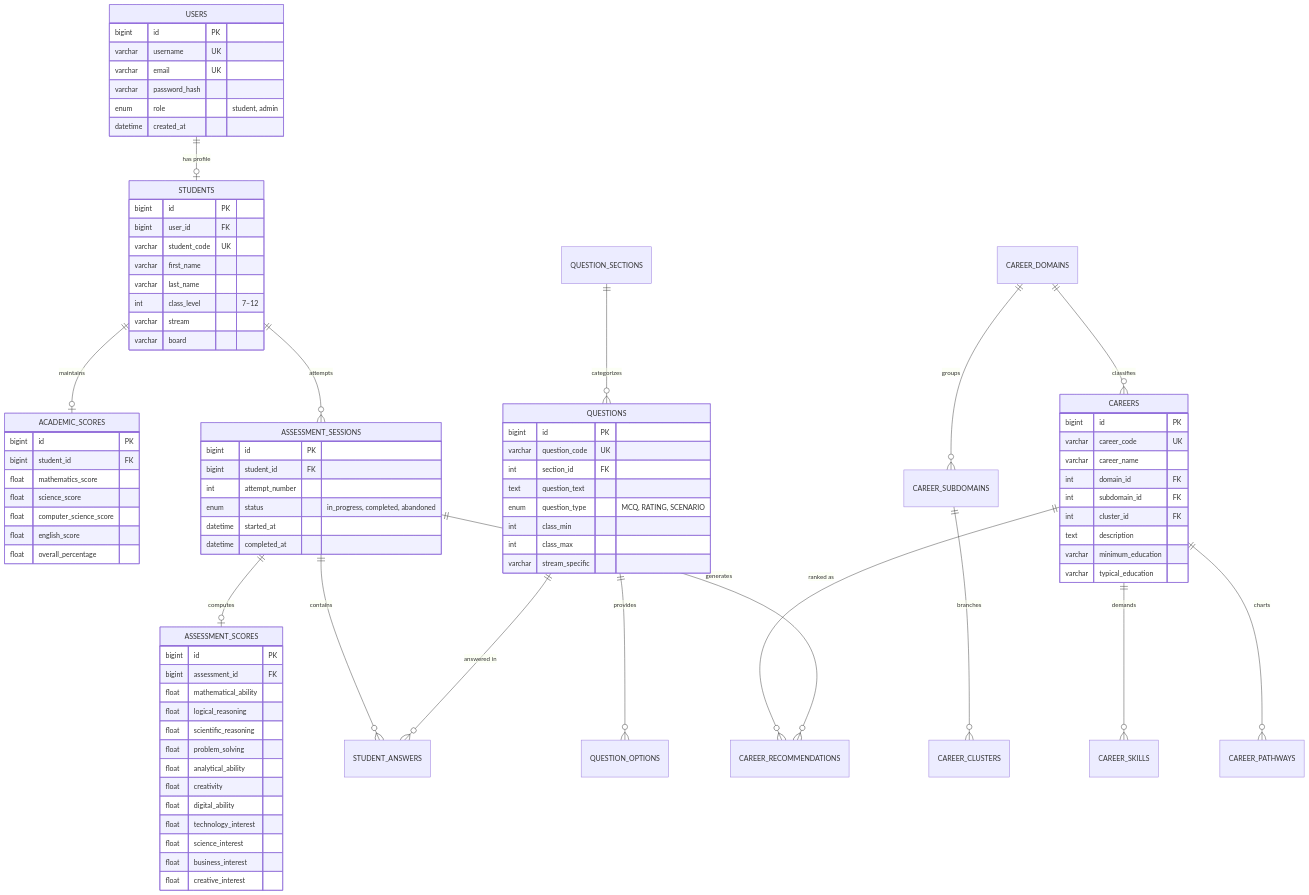
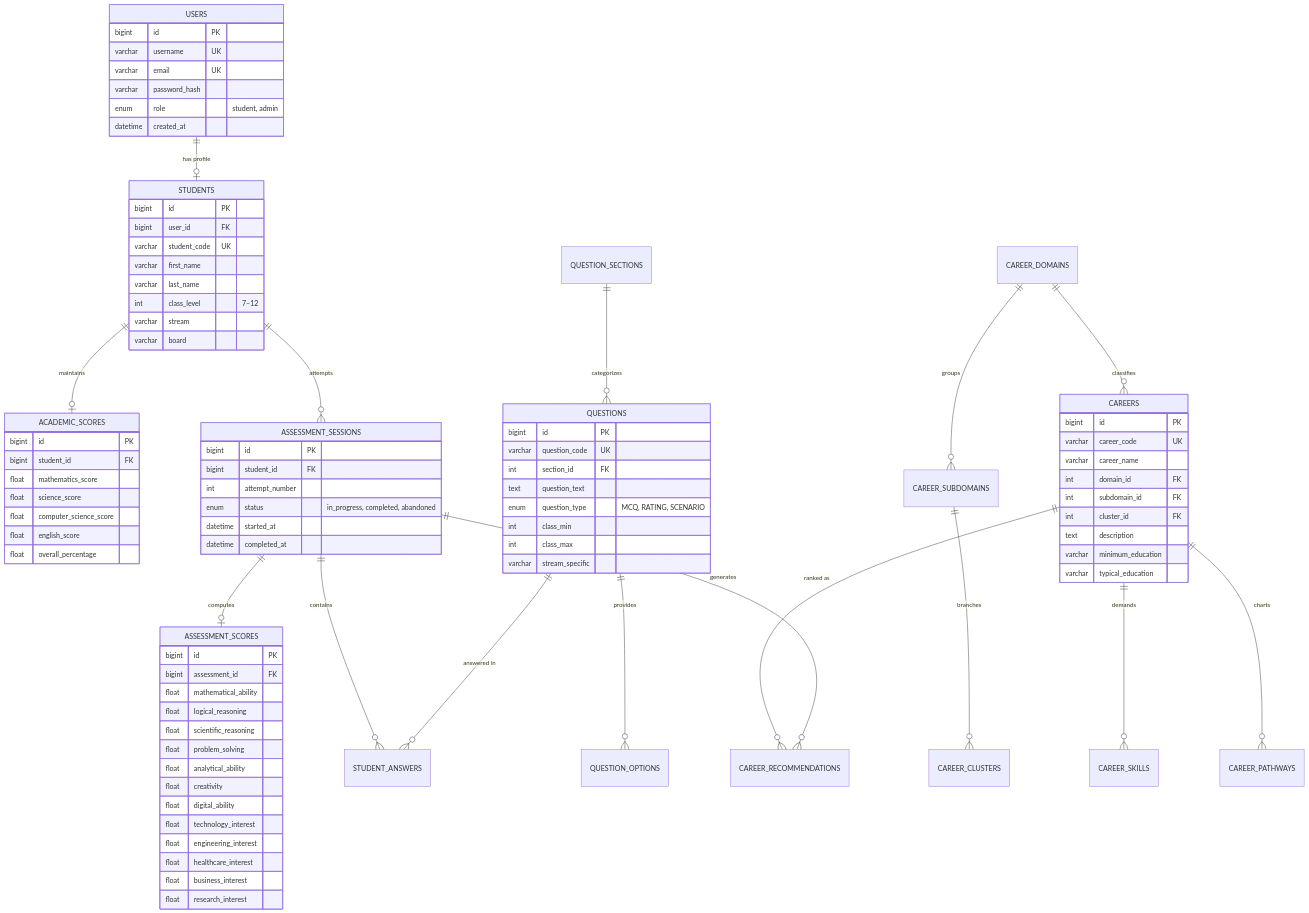
Before and after one commit to AMB-007/Personalized-Career-Recommendation-System-Using-Machine-Learning: the second of 2 diagrams in README.md, drawn with Mermaid. The commit also changed other lines of this file, not shown here.

```diff
--- a/README.md
+++ b/README.md
@@ -207,9 +228,10 @@
         float creativity
         float digital_ability
         float technology_interest
-        float science_interest
+        float engineering_interest
+        float healthcare_interest
         float business_interest
-        float creative_interest
+        float research_interest
     }
 
     CAREER_DOMAINS ||--o{ CAREER_SUBDOMAINS : "groups"
```
